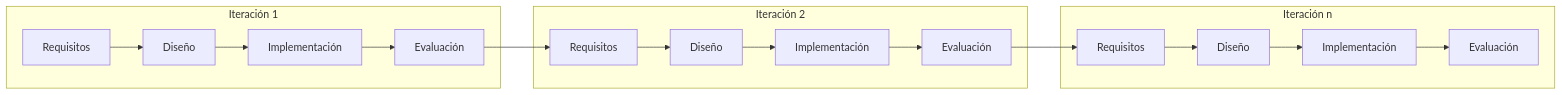
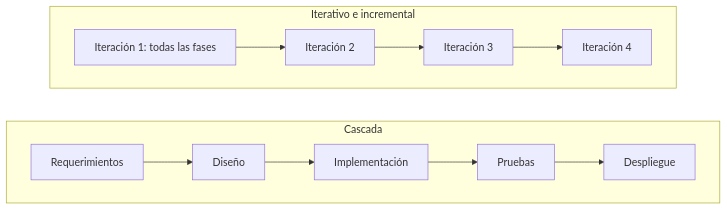
The diagram in public/documents/semester-6/1/6112.md (djaimej/computer-science-template), drawn with Mermaid before and after one commit. The commit also changed other lines of this file and 4 other files, not shown here.

````diff
--- a/public/documents/semester-6/1/6112.md
+++ b/public/documents/semester-6/1/6112.md
@@ -42,17 +29,11 @@
 ```mermaid
 flowchart LR
-    subgraph Iteración 1
-        A1[Requisitos] --> B1[Diseño] --> C1[Implementación] --> D1[Evaluación]
+    subgraph C["Cascada"]
+        direction LR
+        A1["Requerimientos"] --> A2["Diseño"] --> A3["Implementación"] --> A4["Pruebas"] --> A5["Despliegue"]
     end
-
-    subgraph Iteración 2
-        A2[Requisitos] --> B2[Diseño] --> C2[Implementación] --> D2[Evaluación]
+    subgraph I["Iterativo e incremental"]
+        direction LR
+        B1["Iteración 1: todas las fases"] --> B2["Iteración 2"] --> B3["Iteración 3"] --> B4["Iteración 4"]
     end
-
-    subgraph Iteración n
-        A3[Requisitos] --> B3[Diseño] --> C3[Implementación] --> D3[Evaluación]
-    end
-
-    D1 --> A2
-    D2 --> A3
 ```
````
